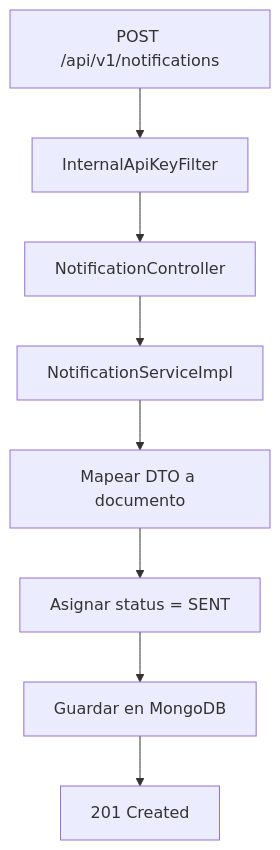
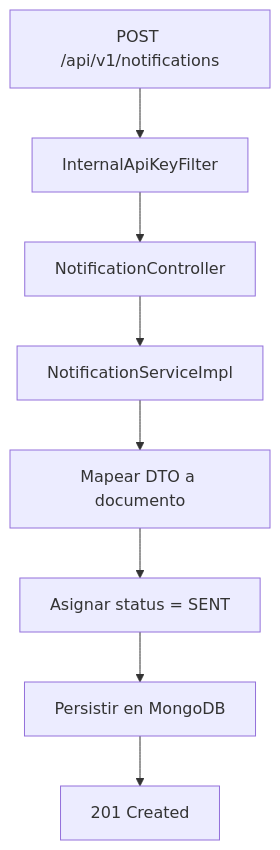
Before and after one commit to Sebastianidm/blockbuster-microservices: the second of 2 diagrams in notifications/notifications/README.md, drawn with Mermaid. The commit also changed other lines of this file and 5 other files, not shown here.

````diff
--- a/notifications/notifications/README.md
+++ b/notifications/notifications/README.md
@@ -80,10 +78,10 @@
 ```mermaid
 flowchart TD
     A["POST /api/v1/notifications"] --> B["InternalApiKeyFilter"]
     B --> C["NotificationController"]
     C --> D["NotificationServiceImpl"]
     D --> E["Mapear DTO a documento"]
     E --> F["Asignar status = SENT"]
-    F --> G["Guardar en MongoDB"]
+    F --> G["Persistir en MongoDB"]
     G --> H["201 Created"]
 ```
````
